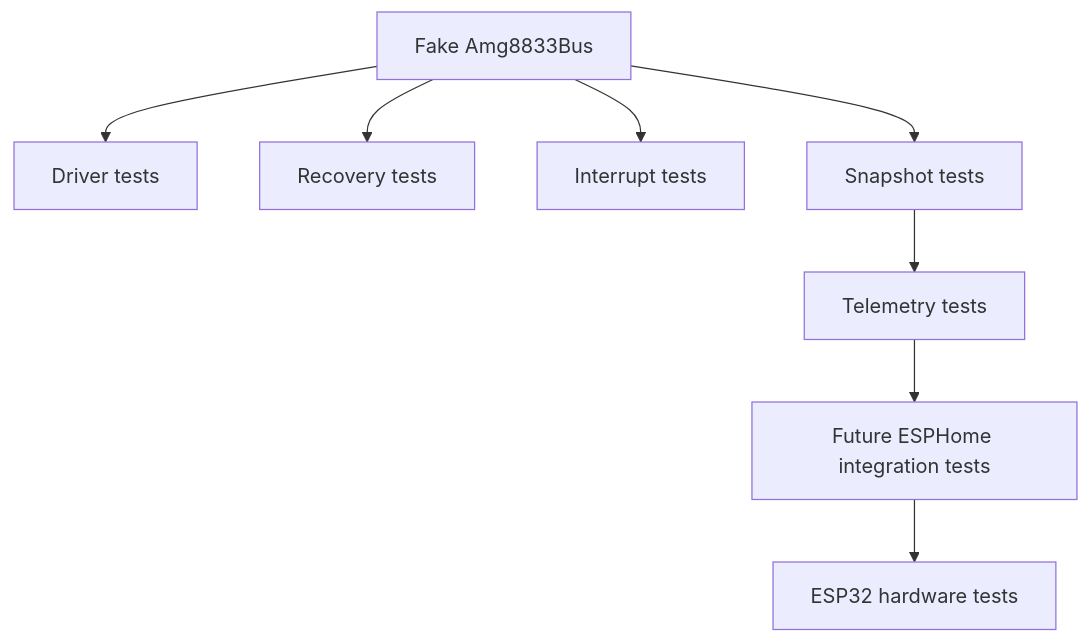
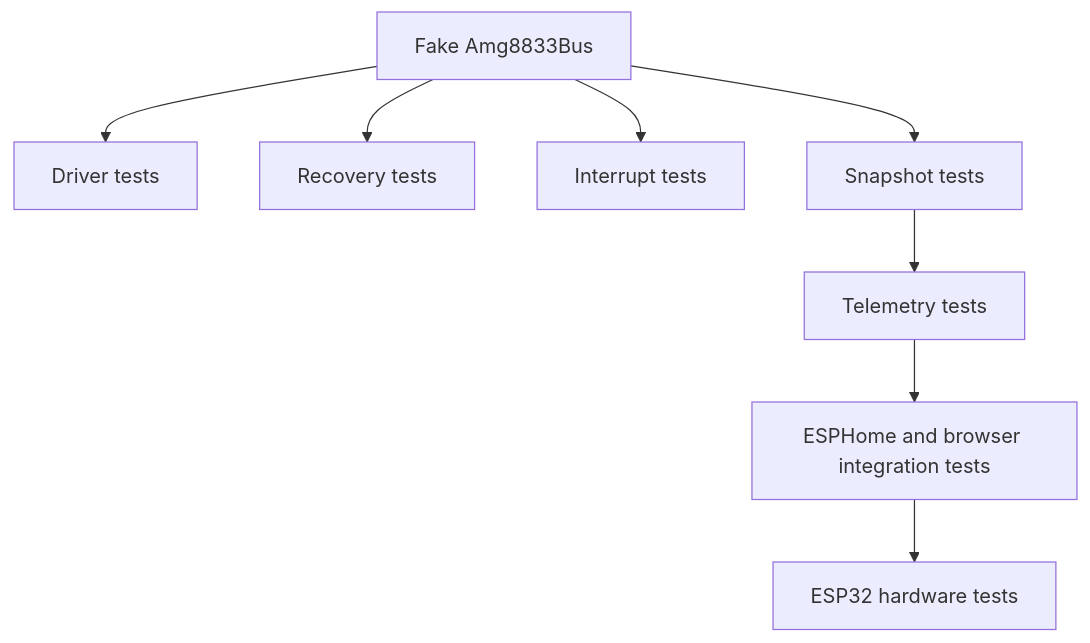
Diagram 12 of 12 in docs/Architecture.md (FishKepping/LeafSense), drawn with Mermaid before and after one commit. The commit also changed other lines of this file and 10 other files, not shown here.

````diff
--- a/docs/Architecture.md
+++ b/docs/Architecture.md
@@ -401,19 +394,19 @@
 ```mermaid
 flowchart TB
     Fake["Fake Amg8833Bus"]
     DriverTests["Driver tests"]
     RecoveryTests["Recovery tests"]
     InterruptTests["Interrupt tests"]
     SnapshotTests["Snapshot tests"]
     TelemetryTests["Telemetry tests"]
-    FutureIntegration["Future ESPHome integration tests"]
+    FutureIntegration["ESPHome and browser integration tests"]
     Hardware["ESP32 hardware tests"]
 
     Fake --> DriverTests
     Fake --> RecoveryTests
     Fake --> InterruptTests
     Fake --> SnapshotTests
     SnapshotTests --> TelemetryTests
     TelemetryTests --> FutureIntegration
     FutureIntegration --> Hardware
 ```
````
